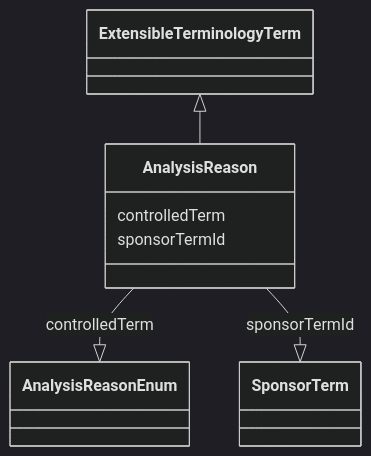
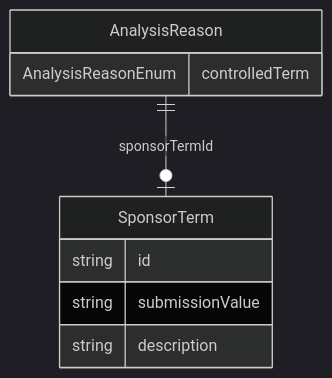
Before and after one commit to cdisc-org/analysis-results-standard: the diagram in project/docs/AnalysisReason.md, drawn with Mermaid (dark theme). The commit also changed 131 other files, not shown here.

Commit message:
Add top-level diagram to documentation

````diff
--- a/project/docs/AnalysisReason.md
+++ b/project/docs/AnalysisReason.md
@@ -14,15 +13,14 @@
 ```mermaid
- classDiagram
-    class AnalysisReason
-      ExtensibleTerminologyTerm <|-- AnalysisReason
-      
-      AnalysisReason : controlledTerm
-        
-          AnalysisReason --|> AnalysisReasonEnum : controlledTerm
-        
-      AnalysisReason : sponsorTermId
-        
-          AnalysisReason --|> SponsorTerm : sponsorTermId
-        
-      
+erDiagram
+AnalysisReason {
+    AnalysisReasonEnum controlledTerm  
+}
+SponsorTerm {
+    string id  
+    string submissionValue  
+    string description  
+}
+
+AnalysisReason ||--|o SponsorTerm : "sponsorTermId"
+
 ```
````
